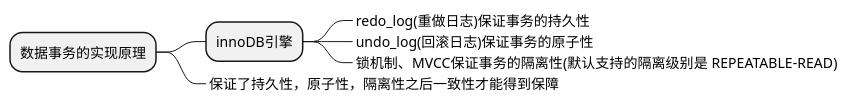
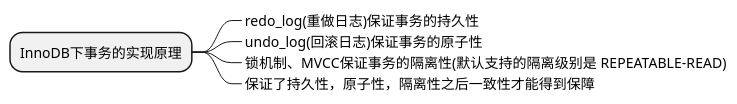
One commit to yayaa-uuu/study changed the fourth of 16 diagrams in 面试/数据库/mysql/mysql.md. Above: the diagram before and after it, drawn with PlantUML. The commit also changed other lines of this file, not shown here.

````diff
--- a/面试/数据库/mysql/mysql.md
+++ b/面试/数据库/mysql/mysql.md
@@ -35,10 +55,9 @@
 ```plantuml
 @startmindmap
-* 数据事务的实现原理
-** innoDB引擎
-***_ redo_log(重做日志)保证事务的持久性
-***_ undo_log(回滚日志)保证事务的原子性
-***_ 锁机制、MVCC保证事务的隔离性(默认支持的隔离级别是 REPEATABLE-READ)
+* InnoDB下事务的实现原理
+**_ redo_log(重做日志)保证事务的持久性
+**_ undo_log(回滚日志)保证事务的原子性
+**_ 锁机制、MVCC保证事务的隔离性(默认支持的隔离级别是 REPEATABLE-READ)
 **_ 保证了持久性，原子性，隔离性之后一致性才能得到保障
 @endmindmap
 ```
````
